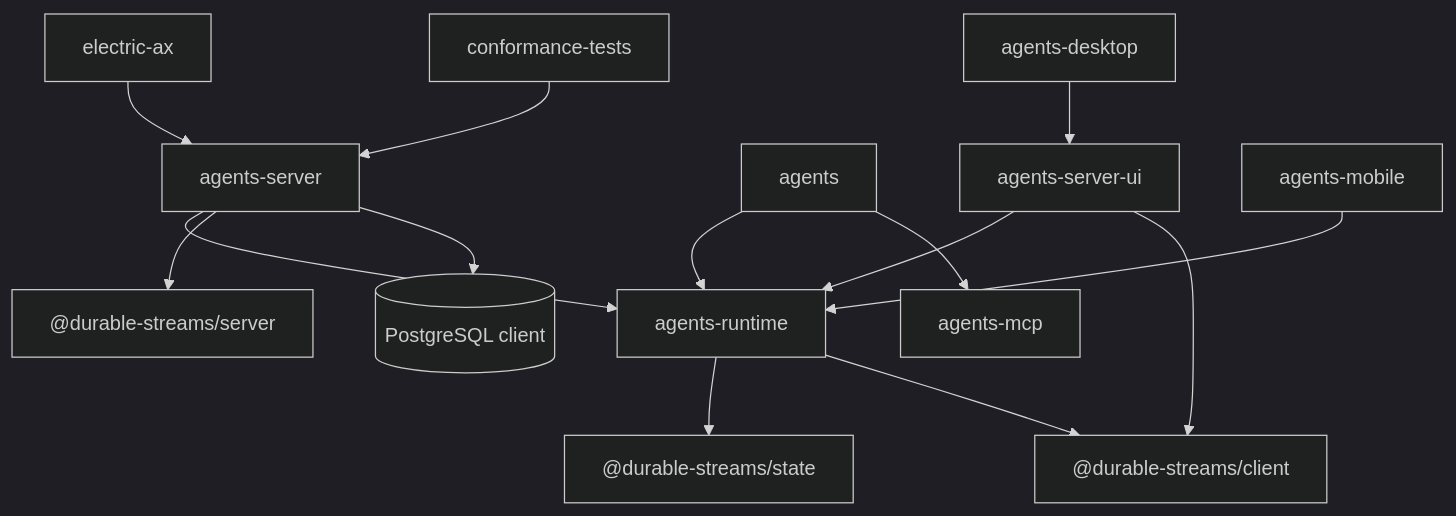
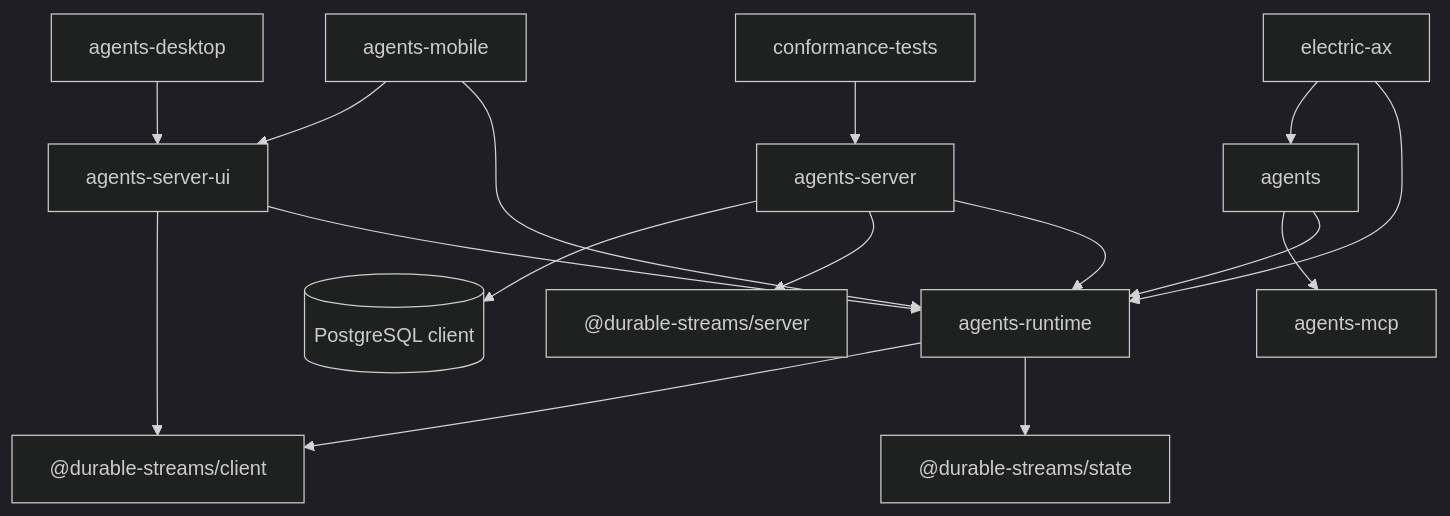
The second of 2 diagrams in src.durable-streams/src.electric/markdown/01-repository-map.md (ewe-studios/explorations), drawn with Mermaid (dark theme) before and after one commit. The commit also changed other lines of this file and 112 other files, not shown here.

````diff
--- a/src.durable-streams/src.electric/markdown/01-repository-map.md
+++ b/src.durable-streams/src.electric/markdown/01-repository-map.md
@@ -127,16 +127,18 @@
 ```mermaid
 flowchart TD
     RT["agents-runtime"] --> DSSTATE["@durable-streams/state"]
     RT --> DSCLIENT["@durable-streams/client"]
     SRV["agents-server"] --> RT
     SRV --> DSSERVER["@durable-streams/server"]
     SRV --> PG[(PostgreSQL client)]
     AG["agents"] --> RT
     AG --> MCP["agents-mcp"]
-    CLI["electric-ax"] --> SRV
+    CLI["electric-ax"] --> RT
+    CLI --> AG
     UI["agents-server-ui"] --> RT
     UI --> DSCLIENT
     DESK["agents-desktop"] --> UI
     MOB["agents-mobile"] --> RT
+    MOB --> UI
     CONF["conformance-tests"] --> SRV
 ```
````
